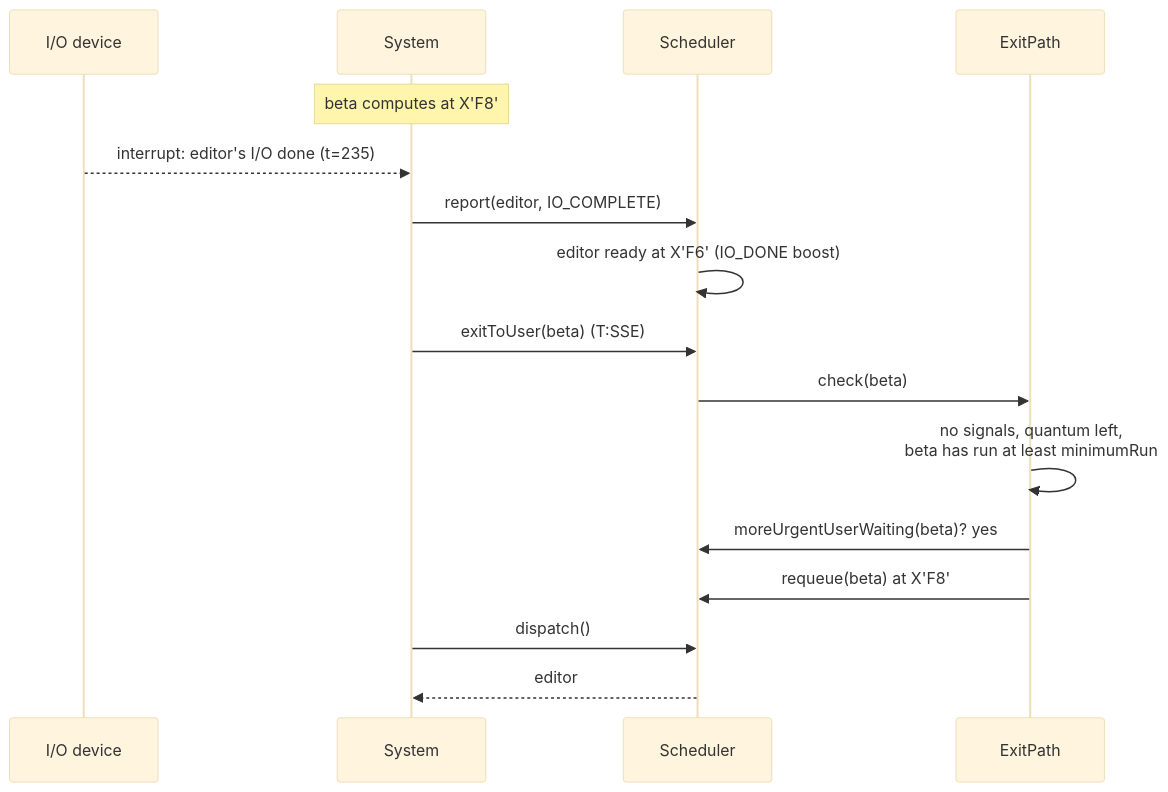
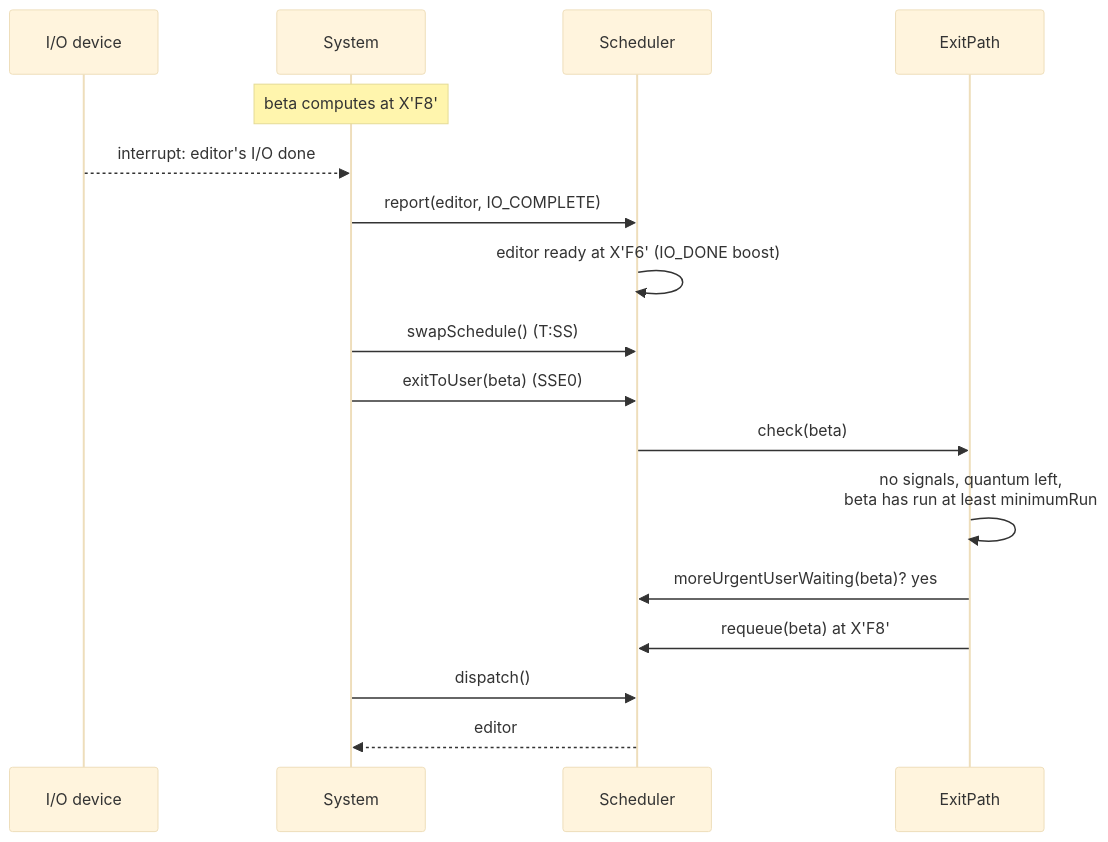
The fourth of 7 diagrams in pyCP-V/C00stap/docs/model.md (msiddalingaiah/Sigma), drawn with Mermaid (base theme) before and after one commit. The commit also changed other lines of this file and 17 other files, not shown here.

````diff
--- a/pyCP-V/C00stap/docs/model.md
+++ b/pyCP-V/C00stap/docs/model.md
@@ -243,18 +271,19 @@
 ```mermaid
 sequenceDiagram
     participant D as I/O device
     participant S as System
     participant C as Scheduler
     participant E as ExitPath
     Note over S: beta computes at X'F8'
-    D-->>S: interrupt: editor's I/O done (t=235)
+    D-->>S: interrupt: editor's I/O done
     S->>C: report(editor, IO_COMPLETE)
     C->>C: editor ready at X'F6' (IO_DONE boost)
-    S->>C: exitToUser(beta)  (T:SSE)
+    S->>C: swapSchedule()  (T:SS)
+    S->>C: exitToUser(beta)  (SSE0)
     C->>E: check(beta)
     E->>E: no signals, quantum left,<br/>beta has run at least minimumRun
     E->>C: moreUrgentUserWaiting(beta)? yes
     E->>C: requeue(beta) at X'F8'
     S->>C: dispatch()
     C-->>S: editor
 ```
````
